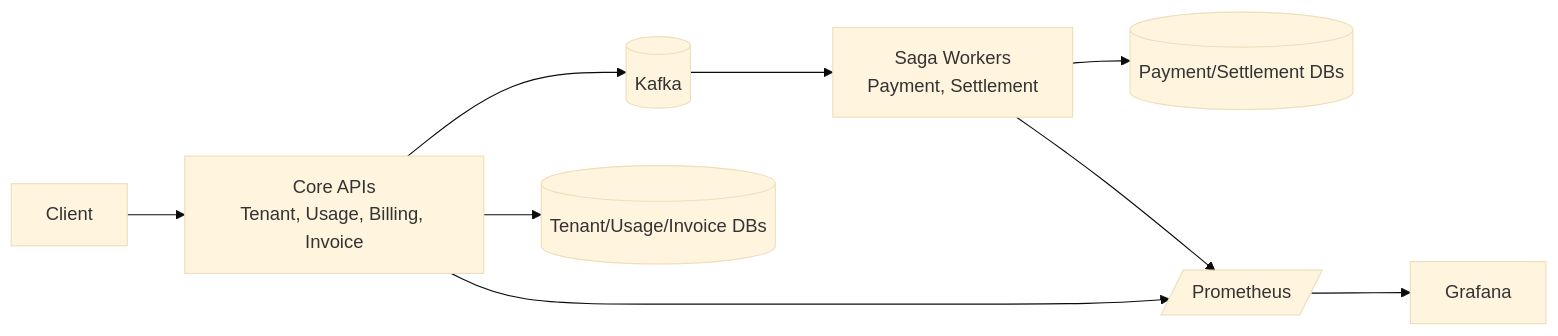
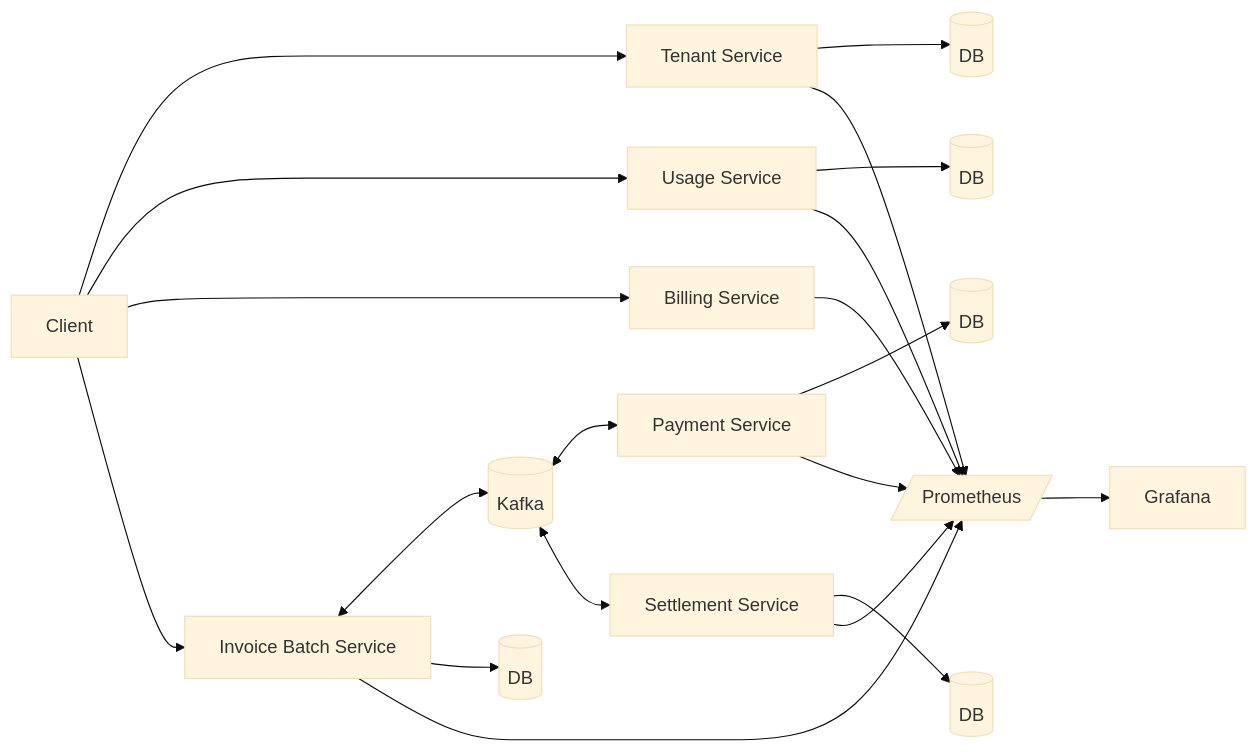
The diagram in README.md (MustafaBulu/billing-platform-parent), drawn with Mermaid (base theme) before and after one commit.

Commit message:
docs: restore service-level architecture with compact DB labels

````diff
--- a/README.md
+++ b/README.md
@@ -50,13 +50,25 @@
 ```mermaid
 flowchart LR
-    C[Client] --> API[Core APIs<br/>Tenant, Usage, Billing, Invoice]
-    API --> K[(Kafka)]
-    K --> WORKERS[Saga Workers<br/>Payment, Settlement]
+    C[Client] --> T[Tenant Service]
+    C --> U[Usage Service]
+    C --> B[Billing Service]
+    C --> I[Invoice Batch Service]
 
-    API --> DB1[(Tenant/Usage/Invoice DBs)]
-    WORKERS --> DB2[(Payment/Settlement DBs)]
+    I <--> K[(Kafka)]
+    K <--> P[Payment Service]
+    K <--> S[Settlement Service]
 
-    API --> PR[/Prometheus/]
-    WORKERS --> PR
+    T --> TDB[(DB)]
+    U --> UDB[(DB)]
+    I --> IDB[(DB)]
+    P --> PDB[(DB)]
+    S --> SDB[(DB)]
+
+    T --> PR[/Prometheus/]
+    U --> PR
+    B --> PR
+    I --> PR
+    P --> PR
+    S --> PR
     PR --> G[Grafana]
 ```
````
